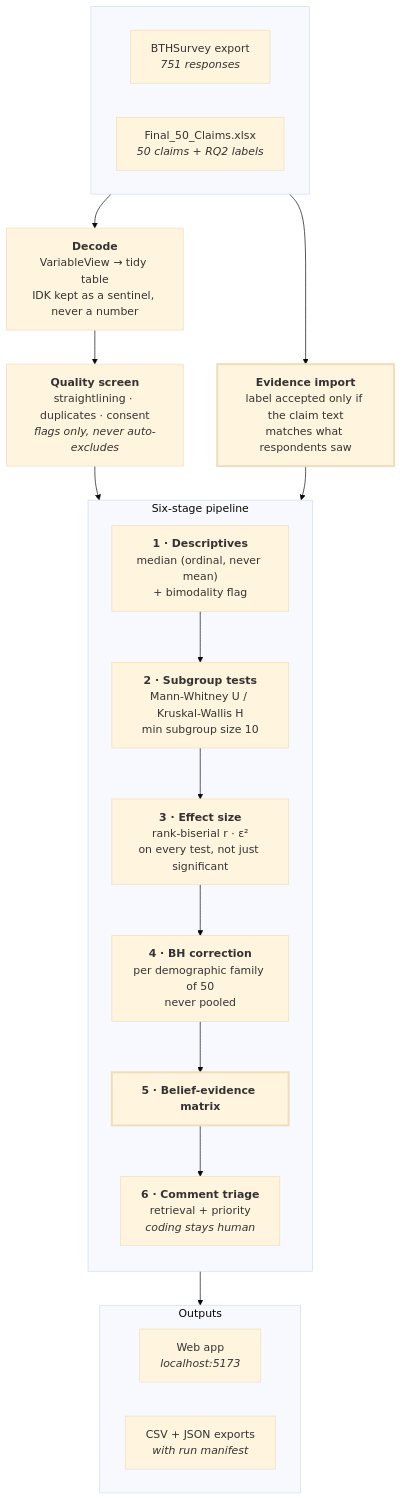
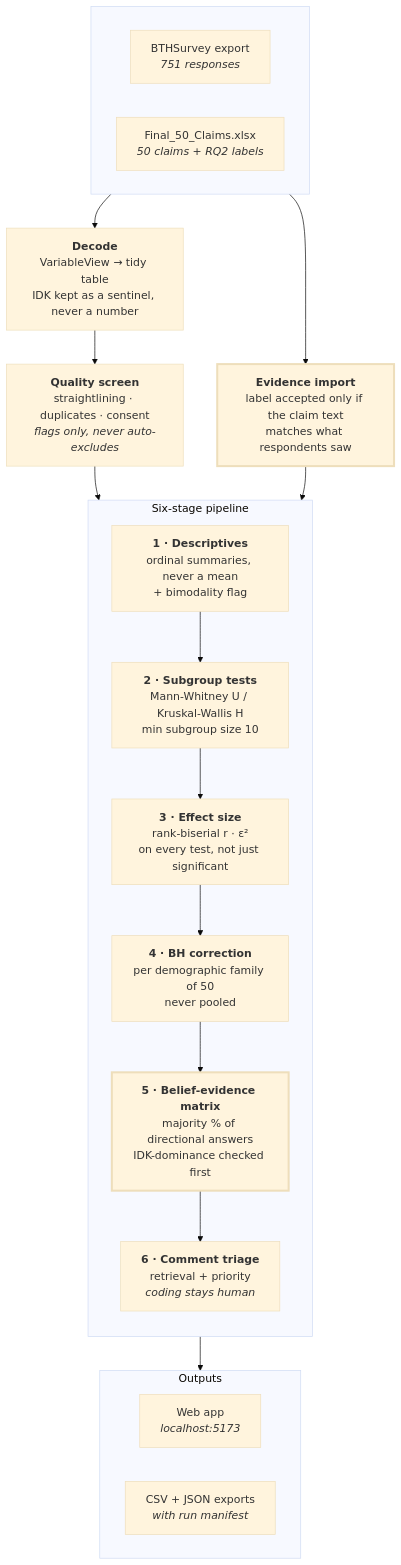
Before and after one commit to aakashdoli/Claims-validity-of-Software-Engineering-folklore: the diagram in rq3-survey-analysis-tool/README.md, drawn with Mermaid (base theme). The commit also changed other lines of this file and 31 other files, not shown here.

First line of the commit message:
RQ3: replace median belief rule with percentage majority rule

````diff
--- a/rq3-survey-analysis-tool/README.md
+++ b/rq3-survey-analysis-tool/README.md
@@ -53,37 +71,37 @@
 ```mermaid
 flowchart TB
     subgraph inputs [" "]
         direction LR
         XLSX["BTHSurvey export<br/><i>751 responses</i>"]
         CLAIMS["Final_50_Claims.xlsx<br/><i>50 claims + RQ2 labels</i>"]
     end
 
     XLSX --> DECODE["<b>Decode</b><br/>VariableView → tidy table<br/>IDK kept as a sentinel, never a number"]
     CLAIMS --> GATE["<b>Evidence import</b><br/>label accepted only if the claim text<br/>matches what respondents saw"]
 
     DECODE --> QUALITY["<b>Quality screen</b><br/>straightlining · duplicates · consent<br/><i>flags only, never auto-excludes</i>"]
     QUALITY --> S1
 
     subgraph pipeline ["Six-stage pipeline"]
         direction TB
-        S1["<b>1 · Descriptives</b><br/>median (ordinal, never mean)<br/>+ bimodality flag"]
+        S1["<b>1 · Descriptives</b><br/>ordinal summaries, never a mean<br/>+ bimodality flag"]
         S2["<b>2 · Subgroup tests</b><br/>Mann-Whitney U / Kruskal-Wallis H<br/>min subgroup size 10"]
         S3["<b>3 · Effect size</b><br/>rank-biserial r · ε²<br/>on every test, not just significant"]
         S4["<b>4 · BH correction</b><br/>per demographic family of 50<br/>never pooled"]
-        S5["<b>5 · Belief-evidence matrix</b>"]
+        S5["<b>5 · Belief-evidence matrix</b><br/>majority % of directional answers<br/>IDK-dominance checked first"]
         S6["<b>6 · Comment triage</b><br/>retrieval + priority<br/><i>coding stays human</i>"]
         S1 --> S2 --> S3 --> S4 --> S5 --> S6
     end
 
     GATE --> S5
     S6 --> OUT
 
     subgraph OUT ["Outputs"]
         direction LR
         WEB["Web app<br/><i>localhost:5173</i>"]
         CSV["CSV + JSON exports<br/><i>with run manifest</i>"]
     end
 
     style S5 stroke-width:3px
     style GATE stroke-width:3px
 ```
````
